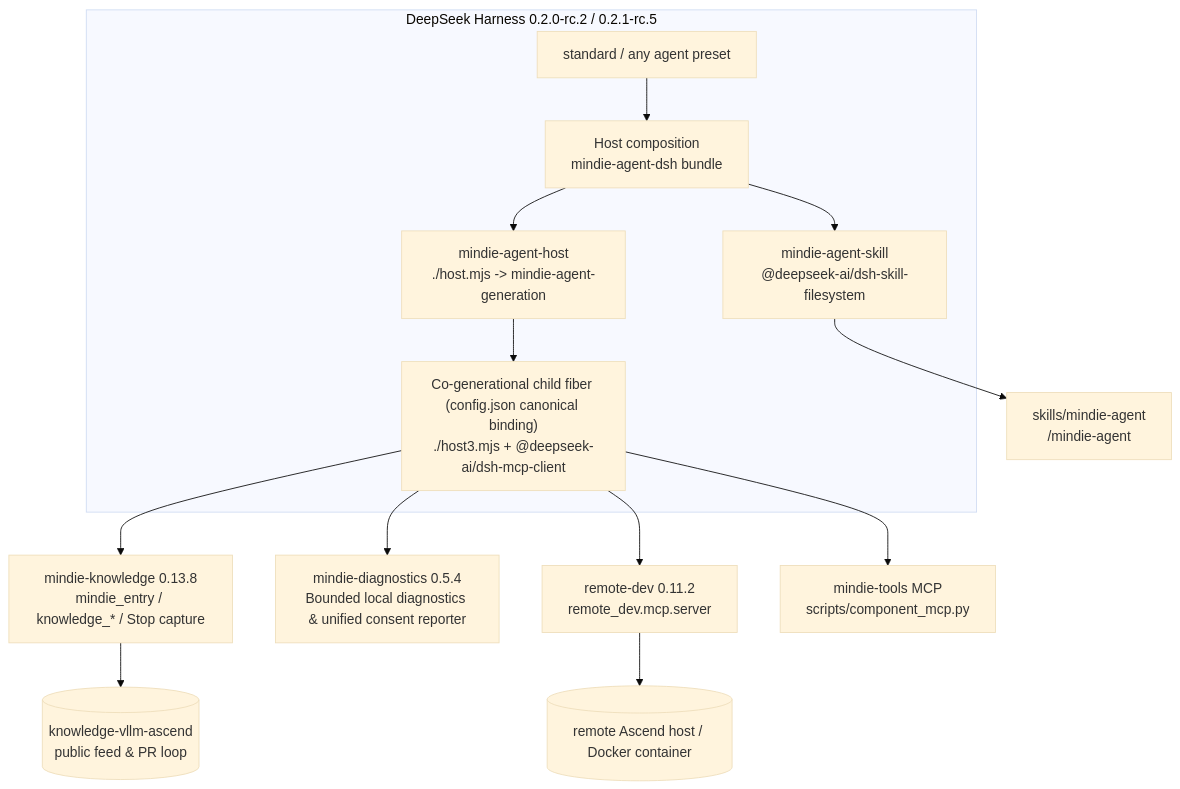
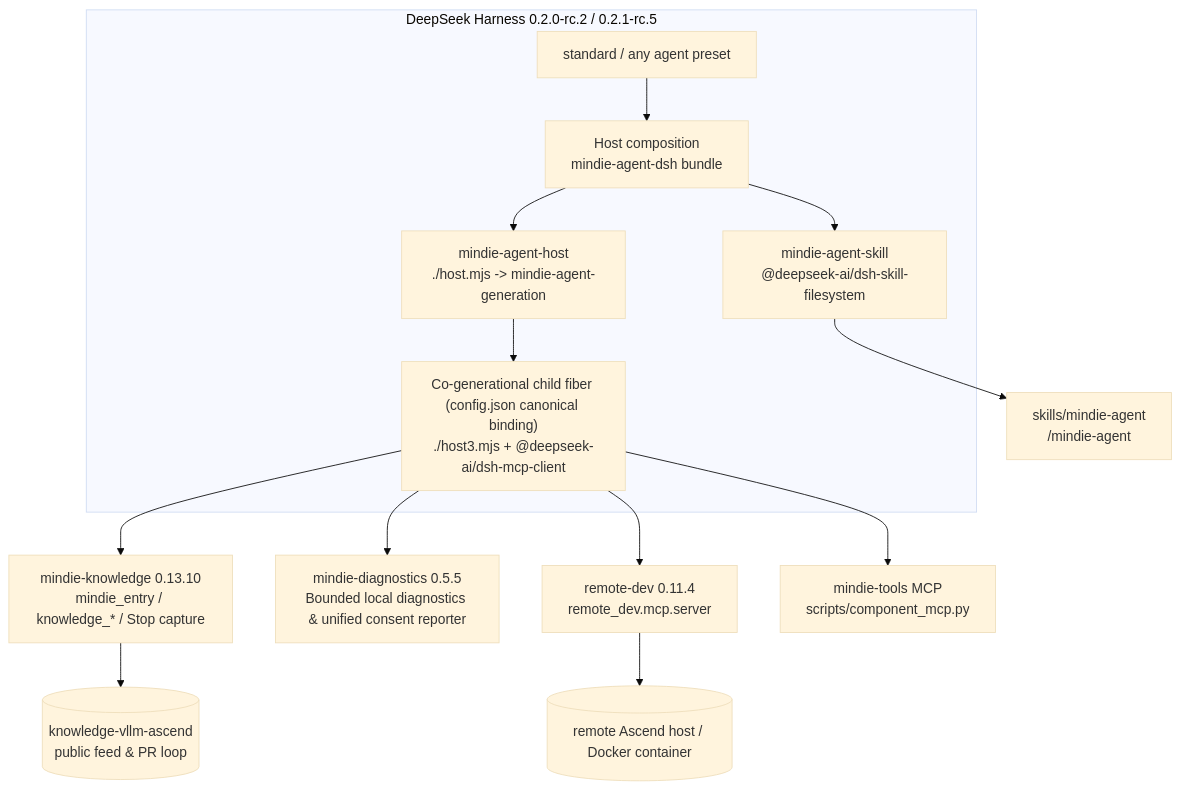
One commit to mindie-agent/mindie-agent-dsh changed the diagram in README.en.md. Above: the diagram before and after it, drawn with Mermaid (base theme). The commit also changed other lines of this file and 1 other file, not shown here.

````diff
--- a/README.en.md
+++ b/README.en.md
@@ -132,21 +133,21 @@
 ```mermaid
 flowchart TB
   subgraph DSH["DeepSeek Harness 0.2.0-rc.2 / 0.2.1-rc.5"]
     HOST["Host composition<br/>mindie-agent-dsh bundle"]
     STD["standard / any agent preset"]
     SKILL["mindie-agent-skill<br/>@deepseek-ai/dsh-skill-filesystem"]
     HPLUG["mindie-agent-host<br/>./host.mjs -> mindie-agent-generation"]
     GEN["Co-generational child fiber (config.json canonical binding)<br/>./host3.mjs + @deepseek-ai/dsh-mcp-client"]
     STD --> HOST
     HOST --> SKILL
     HOST --> HPLUG
     HPLUG --> GEN
   end
   SKILL --> SK["skills/mindie-agent<br/>/mindie-agent"]
-  GEN --> KS["mindie-knowledge 0.13.8<br/>mindie_entry / knowledge_* / Stop capture"]
-  GEN --> DIAG["mindie-diagnostics 0.5.4<br/>Bounded local diagnostics & unified consent reporter"]
+  GEN --> KS["mindie-knowledge 0.13.10<br/>mindie_entry / knowledge_* / Stop capture"]
+  GEN --> DIAG["mindie-diagnostics 0.5.5<br/>Bounded local diagnostics & unified consent reporter"]
   KS --> FEED[("knowledge-vllm-ascend<br/>public feed & PR loop")]
-  GEN --> RD["remote-dev 0.11.2<br/>remote_dev.mcp.server"]
+  GEN --> RD["remote-dev 0.11.4<br/>remote_dev.mcp.server"]
   GEN --> MT["mindie-tools MCP<br/>scripts/component_mcp.py"]
   RD --> NPU[("remote Ascend host / Docker container")]
 ```
````
